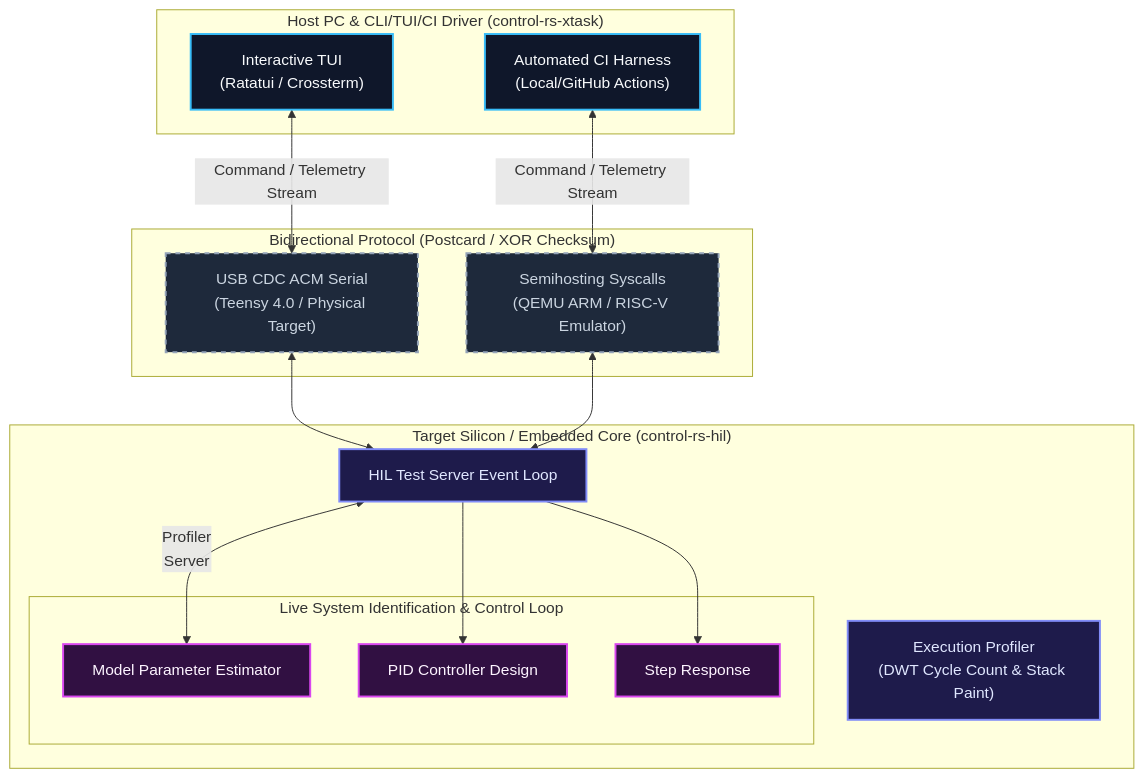
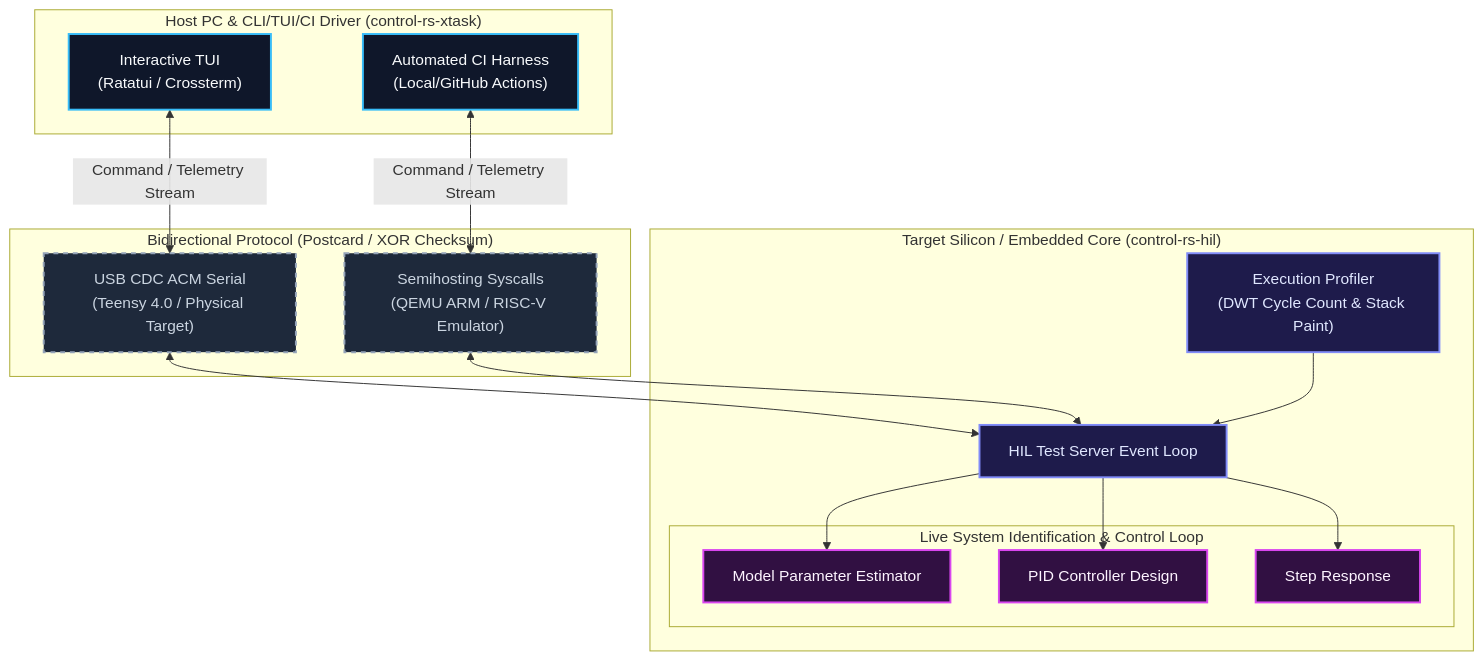
One commit to Dyse-Industries/control-rs changed the diagram in README.md. Above: the diagram before and after it, drawn with Mermaid.

Commit message:
readme update

````diff
--- a/README.md
+++ b/README.md
@@ -16,39 +16,39 @@
 ```mermaid
 graph TD
     %% Define Styles
     classDef host fill:#0f172a,stroke:#38bdf8,stroke-width:2px,color:#f8fafc;
     classDef link fill:#1e293b,stroke:#94a3b8,stroke-width:2px,stroke-dasharray: 5 5,color:#cbd5e1;
     classDef target fill:#1e1b4b,stroke:#818cf8,stroke-width:2px,color:#e0e7ff;
     classDef loop fill:#311042,stroke:#d946ef,stroke-width:2px,color:#fdf4ff;
 
     subgraph Host["Host PC & CLI/TUI/CI Driver (control-rs-xtask)"]
         TUI["Interactive TUI<br>(Ratatui / Crossterm)"]:::host
         CI["Automated CI Harness<br>(Local/GitHub Actions)"]:::host
     end
 
     subgraph Link["Bidirectional Protocol (Postcard / XOR Checksum)"]
         USB["USB CDC ACM Serial<br>(Teensy 4.0 / Physical Target)"]:::link
         SH["Semihosting Syscalls<br>(QEMU ARM / RISC-V Emulator)"]:::link
     end
 
     subgraph Target["Target Silicon / Embedded Core (control-rs-hil)"]
         Server["HIL Test Server Event Loop"]:::target
         Profiler["Execution Profiler<br>(DWT Cycle Count & Stack Paint)"]:::target
         
         subgraph SysIdLoop["Live System Identification & Control Loop"]
             Estimator["Model Parameter Estimator"]:::loop
             Controller["PID Controller Design"]:::loop
             Plant["Step Response"]:::loop
         end
     end
 
     %% Flow Arrows
     TUI <-->|"Command / Telemetry Stream"| USB
     CI <-->|"Command / Telemetry Stream"| SH
     USB <--> Server
     SH <--> Server
-    Server <-- Profiler
+    Profiler --> Server
     Server --> Estimator
     Server --> Controller
     Server --> Plant
 ```
````
